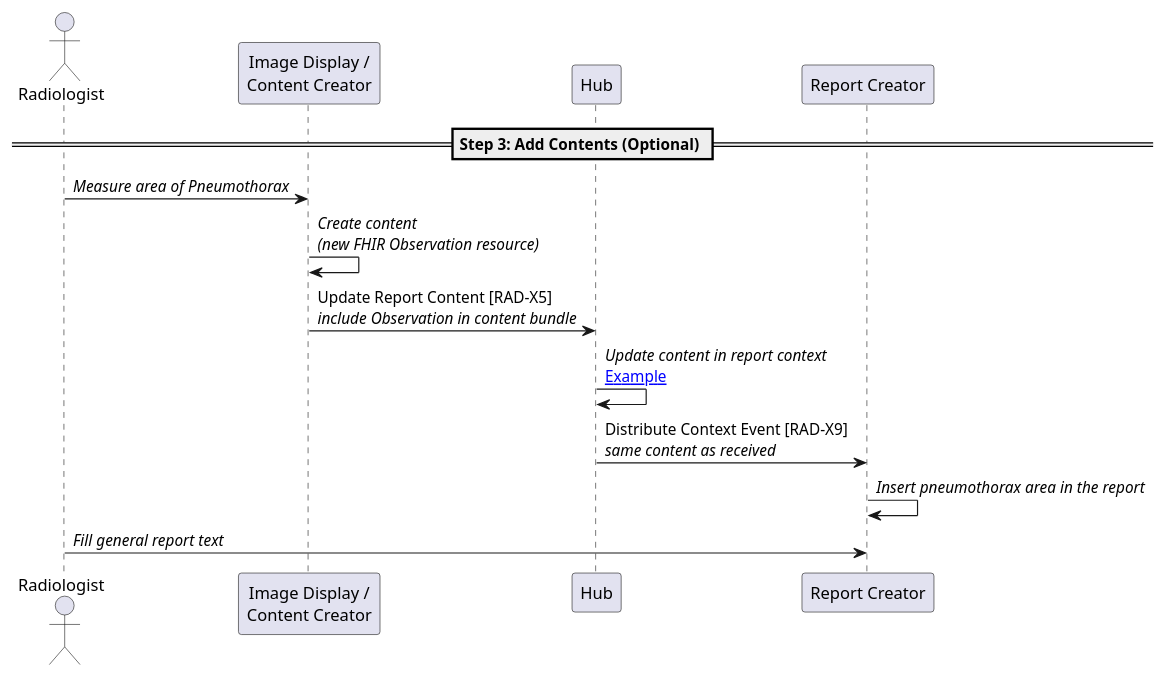
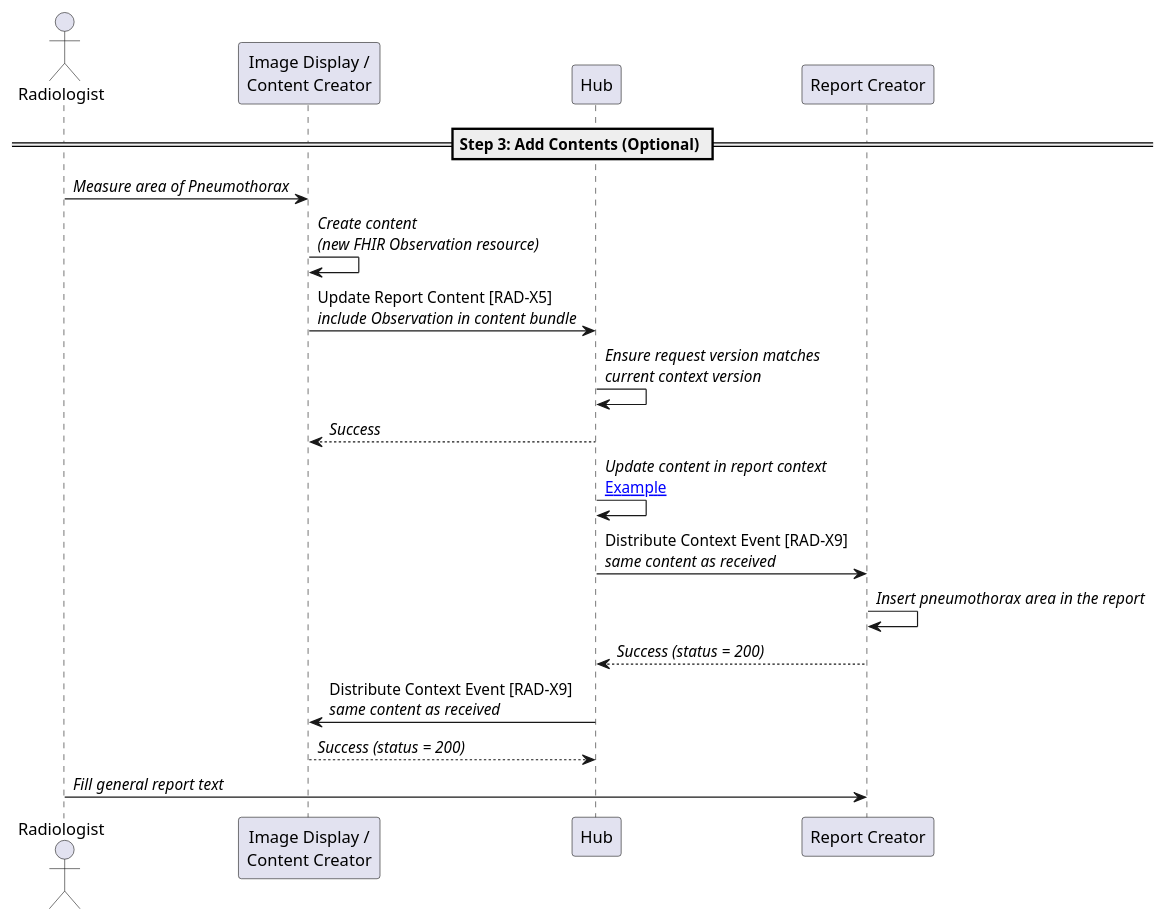
The diagram in input/images-source/step3-add-measurements.plantuml (IHE/RAD.IRA), drawn with PlantUML before and after one commit.

Commit message:
Added Hub checking for version. Added return messages.

```diff
--- a/input/images-source/step3-add-measurements.plantuml
+++ b/input/images-source/step3-add-measurements.plantuml
@@ -1,21 +1,26 @@
 @startuml
 
 actor Radiologist as User
 participant "Image Display /\nContent Creator" as PACS
 participant "Hub" as Hub
 participant "Report Creator" as Report
 
 == Step 3: Add Contents (Optional) ==
 
 User->PACS: //Measure area of Pneumothorax//
 
 PACS->PACS: //Create content//\n//(new FHIR Observation resource)//
 
 PACS->Hub: Update Report Content [RAD-X5]\n//include Observation in content bundle//
+Hub->Hub: //Ensure request version matches//\n//current context version//
+Hub-->PACS: //Success//
 Hub->Hub: //Update content in report context//\n[[update_study_with_measurement.html#available-context-and-content-in-hub Example]]
 Hub->Report: Distribute Context Event [RAD-X9]\n//same content as received//
 Report->Report: //Insert pneumothorax area in the report//
+Report-->Hub: //Success (status = 200)//
+Hub->PACS: Distribute Context Event [RAD-X9]\n//same content as received//
+PACS-->Hub: //Success (status = 200)//
 
 User->Report: //Fill general report text//
 
 @enduml
```
